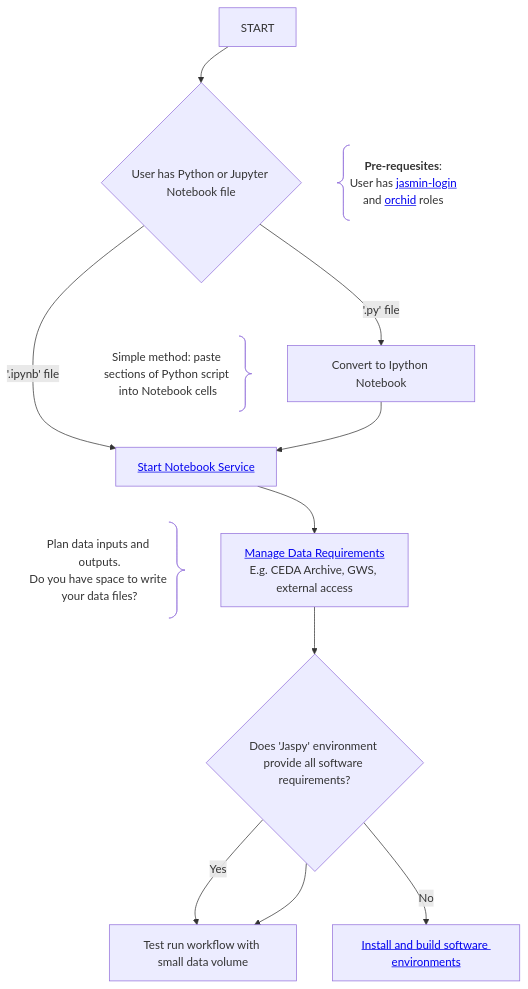
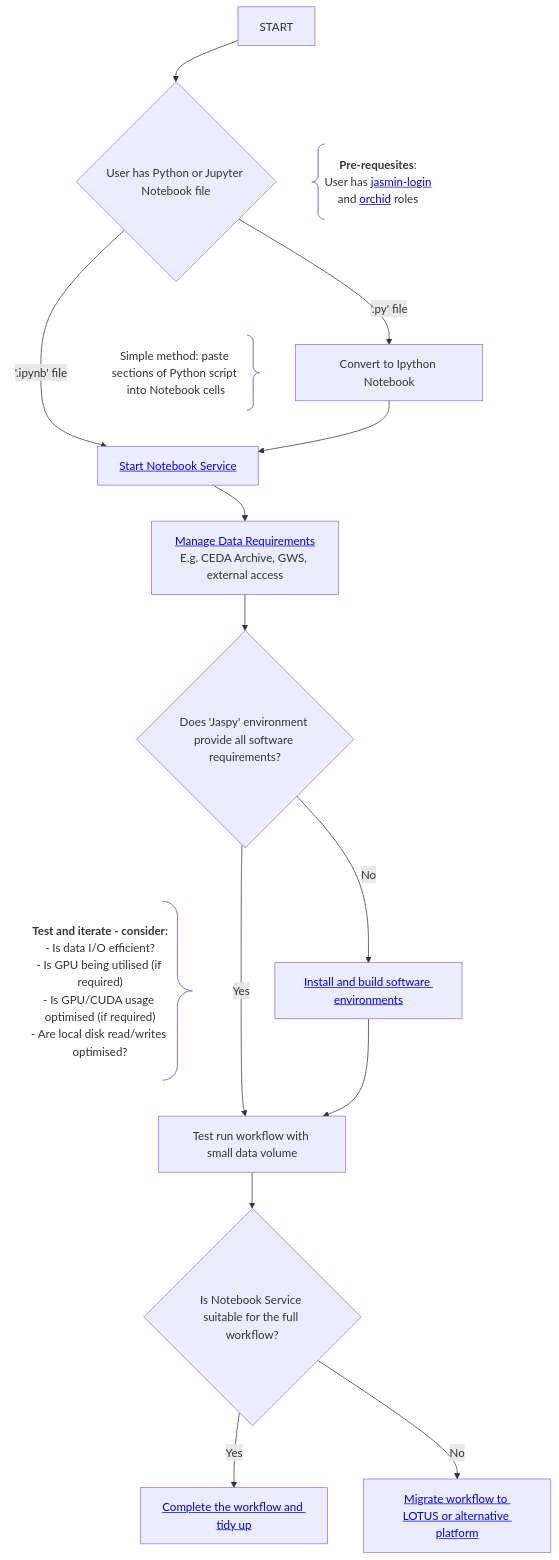
One commit to agstephens/proto-jasmin-mermaid-docs changed the first of 2 diagrams in README.md. Above: the diagram before and after it, drawn with Mermaid. The commit also changed other lines of this file, not shown here.

Commit message:
Update README with data workflow management sections

````diff
--- a/README.md
+++ b/README.md
@@ -12,26 +12,36 @@
 ```mermaid
-flowchart TD
+ flowchart TD
     START --> PY_IPYNB{User has Python or Jupyter Notebook file}
 
     START ~~~ C1@{ shape: brace-l, label: "<b>Pre-requesites</b>:
         User has <a href='http://help.jasmin.ac.uk/docs/getting-started/get-login-account/'>jasmin-login</a> 
         and <a href='https://help.jasmin.ac.uk/docs/batch-computing/orchid-gpu-cluster/#request-access-to-orchid'>orchid</a> roles" }
 
     PY_IPYNB -->|'.ipynb' file| START_NBS[<a href="https://help.jasmin.ac.uk/docs/interactive-computing/jasmin-notebooks-service/#using-the-jasmin-notebook-service">Start Notebook Service</a>]
     PY_IPYNB -->|'.py' file| CONVERT_PY[Convert to Ipython Notebook]
 
     PY_IPYNB ~~~ C2@{ shape: brace-r, label: "Simple method: paste sections of Python script into Notebook cells"}
 
     CONVERT_PY --> START_NBS
     START_NBS ~~~ C3@{ shape: brace-r, label: "Plan data inputs and outputs.<br/>Do you have space to write your data files?"}
     
     START_NBS --> DATA_NEEDS[<a href="https://github.com/agstephens/proto-jasmin-mermaid-docs/blob/main/README.md#managing-data-access">Manage Data Requirements</a><br/>E.g. CEDA Archive, GWS, external access]
 
     DATA_NEEDS --> SW_NEEDS{Does 'Jaspy' environment provide all software requirements?}
 
     SW_NEEDS -->|Yes| TEST_RUN[Test run workflow with small data volume]
     SW_NEEDS -->|No| SW_INSTALL[<a href="https://github.com/agstephens/proto-jasmin-mermaid-docs/blob/main/README.md#managing-software-environments">Install and build software environments</a>]
 
-    SW_NEEDS --> TEST_RUN
+    SW_INSTALL --> TEST_RUN
+    SW_NEEDS ~~~ C3@{ shape: brace-r, label: "<b>Test and iterate - consider:</b>
+    - Is data I/O efficient?
+    - Is GPU being utilised (if required)
+    - Is GPU/CUDA usage optimised (if required)
+    - Are local disk read/writes optimised?"}
+    
+    TEST_RUN --> FULL_RUN{Is Notebook Service suitable for the full workflow?}
+
+    FULL_RUN -->|Yes| COMPLETE[<a href="https://github.com/agstephens/proto-jasmin-mermaid-docs/blob/main/README.md#workflow-completion">Complete the workflow and tidy up</a>]
+    FULL_RUN -->|No| MIGRATE[<a href="https://github.com/agstephens/proto-jasmin-mermaid-docs/blob/main/README.md#workflow-migration">Migrate workflow to LOTUS or alternative platform</a>]
 
 ```
````
